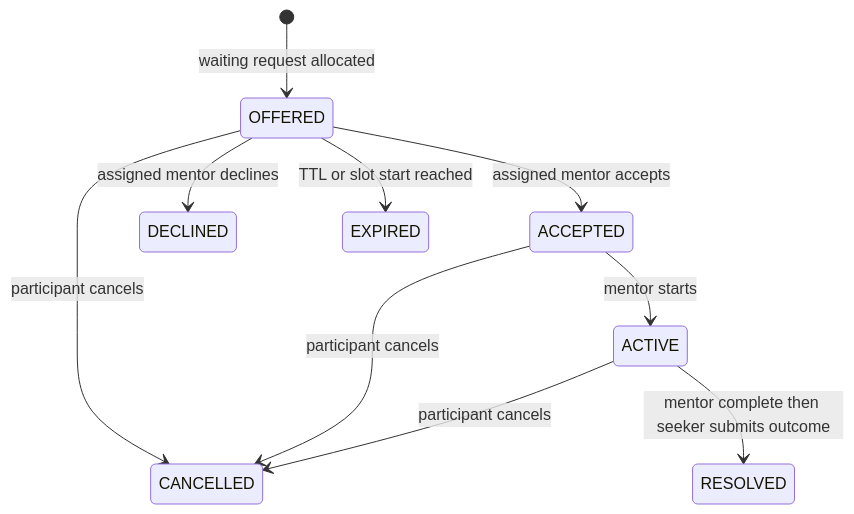
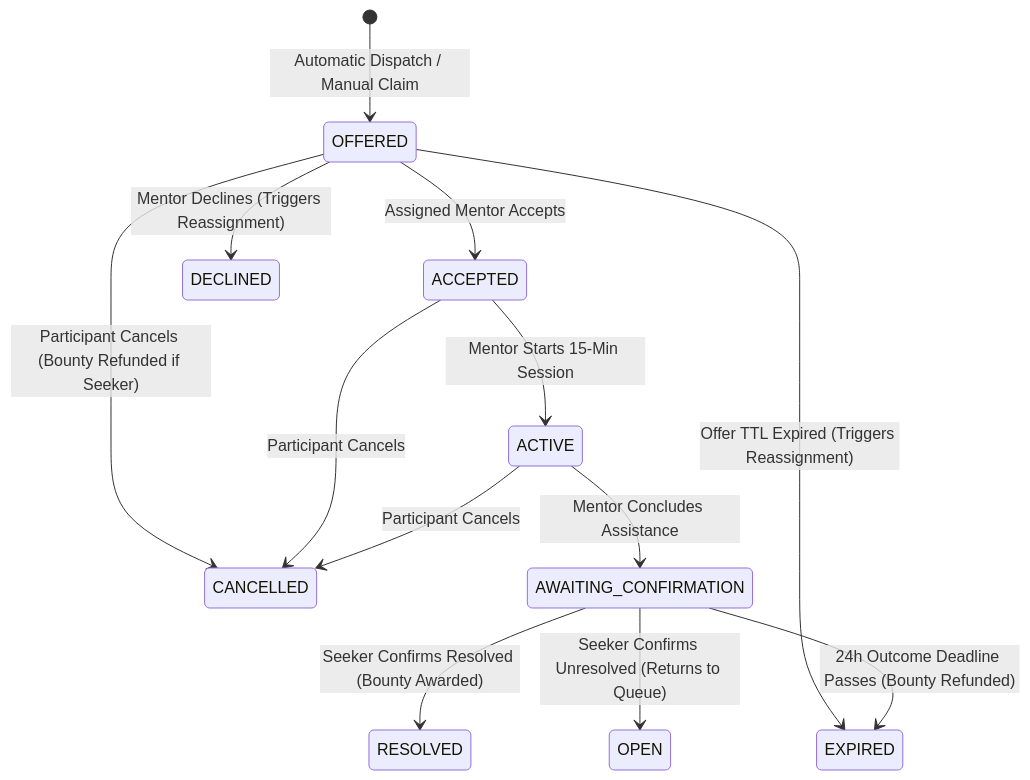
The third of 3 diagrams in docs/ARCHITECTURE.md (anveshr312-bit/Triage15), drawn with Mermaid before and after one commit. The commit also changed other lines of this file and 27 other files, not shown here.

Commit message:
Complete Triage15 implementation: P0 bounties, live workspace, timer, auto-dispatch, claiming, P1 conflict recovery, tests (50 passed), docs

````diff
--- a/docs/ARCHITECTURE.md
+++ b/docs/ARCHITECTURE.md
@@ -29,12 +146,18 @@
 ```mermaid
 stateDiagram-v2
-    [*] --> OFFERED: waiting request allocated
-    OFFERED --> ACCEPTED: assigned mentor accepts
-    OFFERED --> DECLINED: assigned mentor declines
-    OFFERED --> EXPIRED: TTL or slot start reached
-    OFFERED --> CANCELLED: participant cancels
-    ACCEPTED --> ACTIVE: mentor starts
-    ACCEPTED --> CANCELLED: participant cancels
-    ACTIVE --> CANCELLED: participant cancels
-    ACTIVE --> RESOLVED: mentor complete then seeker submits outcome
+    [*] --> OFFERED: Automatic Dispatch / Manual Claim
+    OFFERED --> ACCEPTED: Assigned Mentor Accepts
+    OFFERED --> DECLINED: Mentor Declines (Triggers Reassignment)
+    OFFERED --> EXPIRED: Offer TTL Expired (Triggers Reassignment)
+    OFFERED --> CANCELLED: Participant Cancels (Bounty Refunded if Seeker)
+    
+    ACCEPTED --> ACTIVE: Mentor Starts 15-Min Session
+    ACCEPTED --> CANCELLED: Participant Cancels
+    
+    ACTIVE --> AWAITING_CONFIRMATION: Mentor Concludes Assistance
+    ACTIVE --> CANCELLED: Participant Cancels
+    
+    AWAITING_CONFIRMATION --> RESOLVED: Seeker Confirms Resolved (Bounty Awarded)
+    AWAITING_CONFIRMATION --> OPEN: Seeker Confirms Unresolved (Returns to Queue)
+    AWAITING_CONFIRMATION --> EXPIRED: 24h Outcome Deadline Passes (Bounty Refunded)
 ```
````
